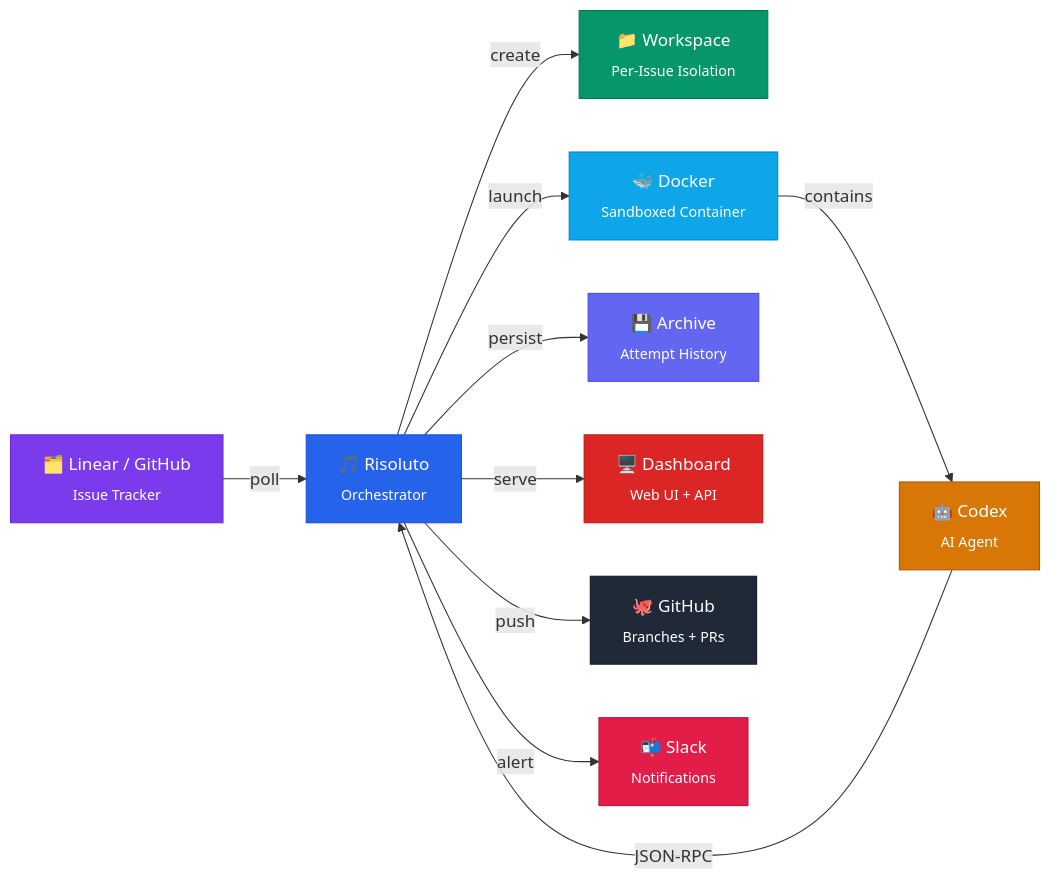
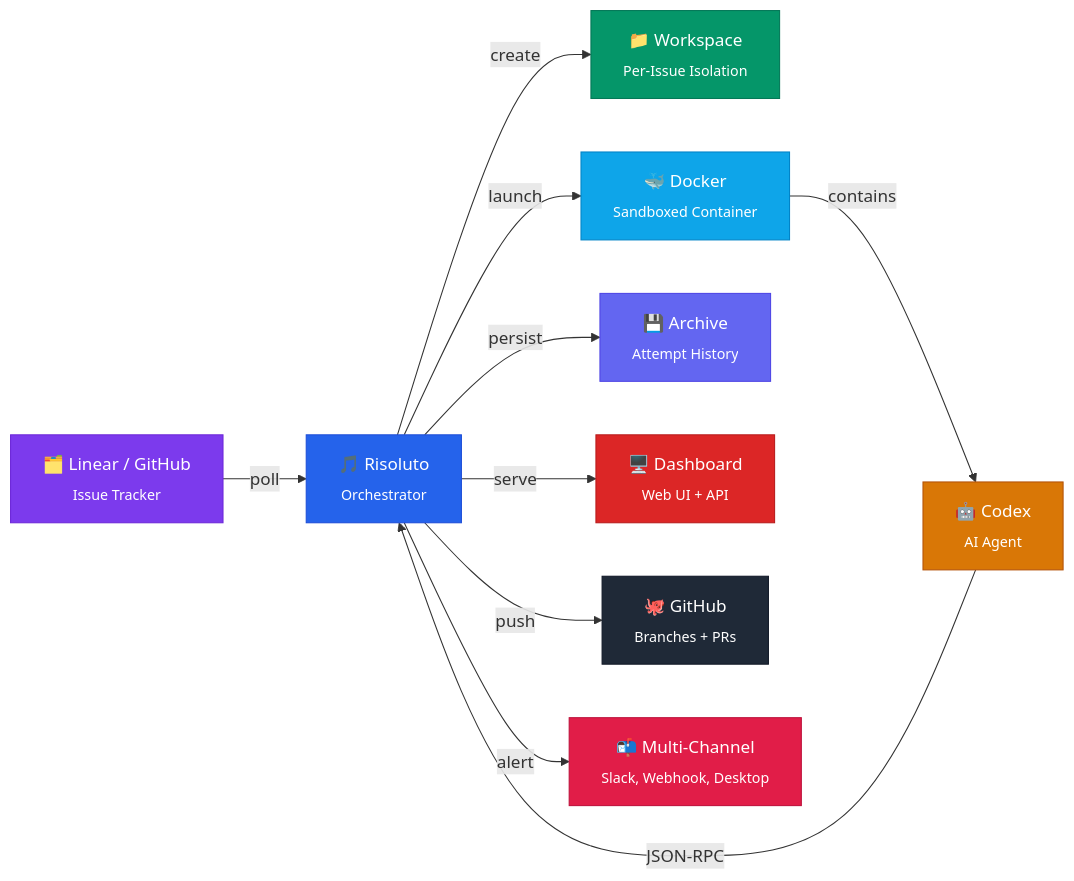
One commit to OmerFarukOruc/symphony-orchestrator changed the first of 3 diagrams in README.md. Above: the diagram before and after it, drawn with Mermaid. The commit also changed other lines of this file and 125 other files, not shown here.

````diff
--- a/README.md
+++ b/README.md
@@ -57,22 +57,22 @@
 ```mermaid
 flowchart LR
     A["🗂️ Linear / GitHub<br/><sub>Issue Tracker</sub>"] -->|"poll"| B["🎵 Risoluto<br/><sub>Orchestrator</sub>"]
     B -->|"create"| C["📁 Workspace<br/><sub>Per-Issue Isolation</sub>"]
     B -->|"launch"| D["🐳 Docker<br/><sub>Sandboxed Container</sub>"]
     D -->|"contains"| E["🤖 Codex<br/><sub>AI Agent</sub>"]
     E -->|"JSON-RPC"| B
     B -->|"persist"| F["💾 Archive<br/><sub>Attempt History</sub>"]
     B -->|"serve"| G["🖥️ Dashboard<br/><sub>Web UI + API</sub>"]
     B -->|"push"| H["🐙 GitHub<br/><sub>Branches + PRs</sub>"]
-    B -->|"alert"| I["📬 Slack<br/><sub>Notifications</sub>"]
+    B -->|"alert"| I["📬 Multi-Channel<br/><sub>Slack, Webhook, Desktop</sub>"]
 
     style A fill:#7c3aed,stroke:#6d28d9,color:#fff
     style B fill:#2563eb,stroke:#1d4ed8,color:#fff
     style C fill:#059669,stroke:#047857,color:#fff
     style D fill:#0ea5e9,stroke:#0284c7,color:#fff
     style E fill:#d97706,stroke:#b45309,color:#fff
     style F fill:#6366f1,stroke:#4f46e5,color:#fff
     style G fill:#dc2626,stroke:#b91c1c,color:#fff
     style H fill:#1f2937,stroke:#111827,color:#fff
     style I fill:#e11d48,stroke:#be123c,color:#fff
 ```
````
